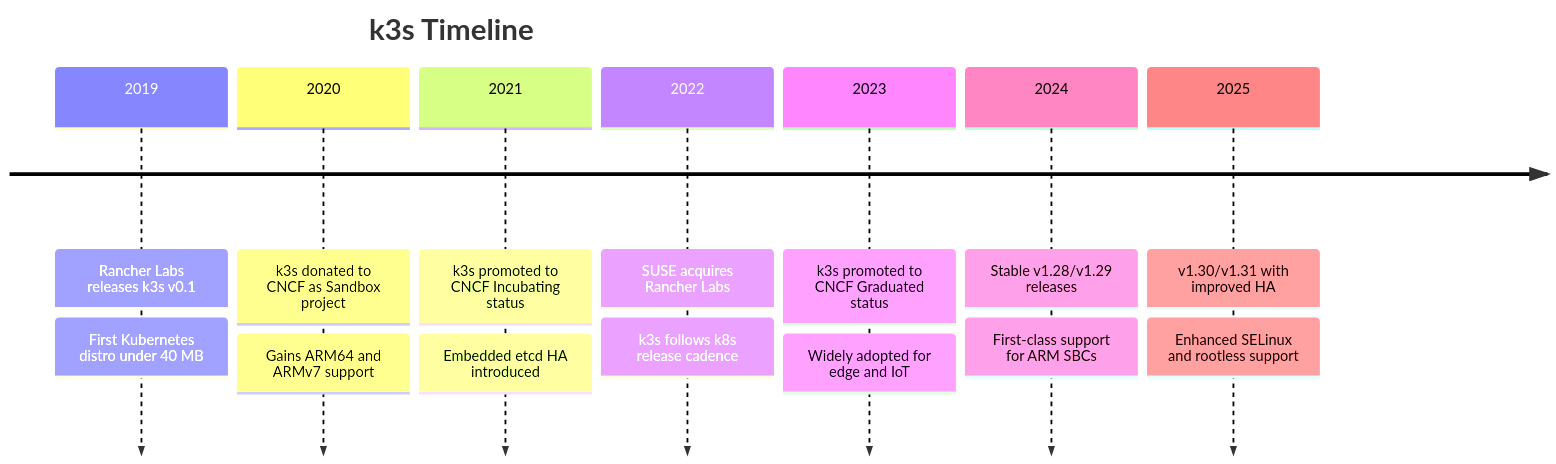
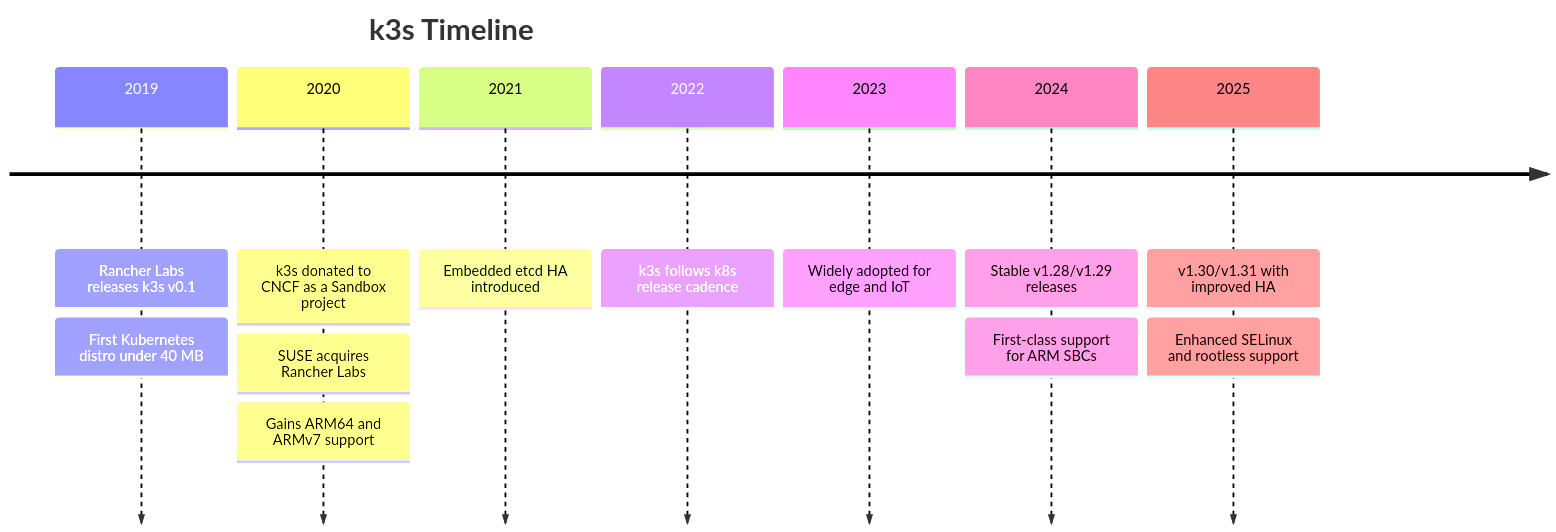
Before and after one commit to UncleJS/course_k3s: the second of 6 diagrams in 01_introduction/01_what_is_k3s.md, drawn with Mermaid. The commit also changed other lines of this file and 74 other files, not shown here.

````diff
--- a/01_introduction/01_what_is_k3s.md
+++ b/01_introduction/01_what_is_k3s.md
@@ -108,18 +108,16 @@
 ```mermaid
 timeline
     title k3s Timeline
     2019 : Rancher Labs releases k3s v0.1
          : First Kubernetes distro under 40 MB
-    2020 : k3s donated to CNCF as Sandbox project
+    2020 : k3s donated to CNCF as a Sandbox project
+         : SUSE acquires Rancher Labs
          : Gains ARM64 and ARMv7 support
-    2021 : k3s promoted to CNCF Incubating status
-         : Embedded etcd HA introduced
-    2022 : SUSE acquires Rancher Labs
-         : k3s follows k8s release cadence
-    2023 : k3s promoted to CNCF Graduated status
-         : Widely adopted for edge and IoT
+    2021 : Embedded etcd HA introduced
+    2022 : k3s follows k8s release cadence
+    2023 : Widely adopted for edge and IoT
     2024 : Stable v1.28/v1.29 releases
          : First-class support for ARM SBCs
     2025 : v1.30/v1.31 with improved HA
          : Enhanced SELinux and rootless support
 ```
````
